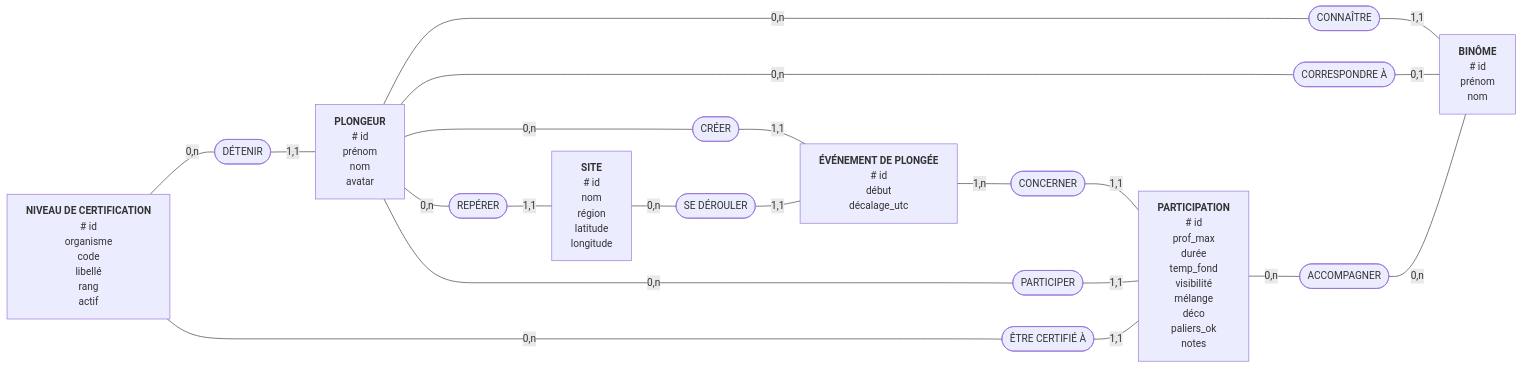
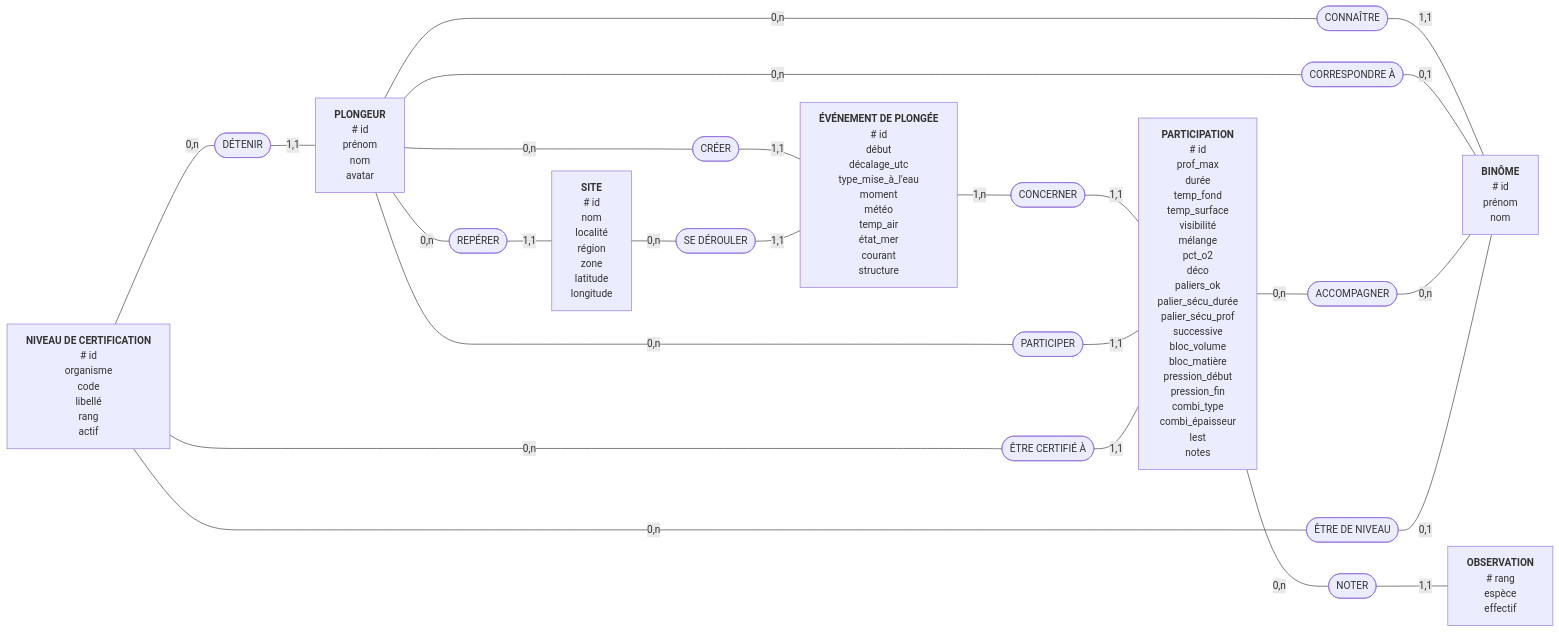
Before and after one commit to lebowvsky/e-deep: the first of 2 diagrams in docs/data-model/schema.md, drawn with Mermaid. The commit also changed other lines of this file and 3 other files, not shown here.

````diff
--- a/docs/data-model/schema.md
+++ b/docs/data-model/schema.md
@@ -162,41 +230,48 @@
 ```mermaid
 flowchart LR
   NIVEAU["<b>NIVEAU DE CERTIFICATION</b><br/># id<br/>organisme<br/>code<br/>libellé<br/>rang<br/>actif"]
   PLONGEUR["<b>PLONGEUR</b><br/># id<br/>prénom<br/>nom<br/>avatar"]
-  SITE["<b>SITE</b><br/># id<br/>nom<br/>région<br/>latitude<br/>longitude"]
-  EVENEMENT["<b>ÉVÉNEMENT DE PLONGÉE</b><br/># id<br/>début<br/>décalage_utc"]
-  PARTICIPATION["<b>PARTICIPATION</b><br/># id<br/>prof_max<br/>durée<br/>temp_fond<br/>visibilité<br/>mélange<br/>déco<br/>paliers_ok<br/>notes"]
+  SITE["<b>SITE</b><br/># id<br/>nom<br/>localité<br/>région<br/>zone<br/>latitude<br/>longitude"]
+  EVENEMENT["<b>ÉVÉNEMENT DE PLONGÉE</b><br/># id<br/>début<br/>décalage_utc<br/>type_mise_à_l'eau<br/>moment<br/>météo<br/>temp_air<br/>état_mer<br/>courant<br/>structure"]
+  PARTICIPATION["<b>PARTICIPATION</b><br/># id<br/>prof_max<br/>durée<br/>temp_fond<br/>temp_surface<br/>visibilité<br/>mélange<br/>pct_o2<br/>déco<br/>paliers_ok<br/>palier_sécu_durée<br/>palier_sécu_prof<br/>successive<br/>bloc_volume<br/>bloc_matière<br/>pression_début<br/>pression_fin<br/>combi_type<br/>combi_épaisseur<br/>lest<br/>notes"]
   BINOME["<b>BINÔME</b><br/># id<br/>prénom<br/>nom"]
+  OBSERVATION["<b>OBSERVATION</b><br/># rang<br/>espèce<br/>effectif"]
 
   DETENIR(["DÉTENIR"])
   REPERER(["REPÉRER"])
   CREER(["CRÉER"])
   SE_DEROULER(["SE DÉROULER"])
   CONCERNER(["CONCERNER"])
   PARTICIPER(["PARTICIPER"])
   ETRE_CERTIFIE(["ÊTRE CERTIFIÉ À"])
   CONNAITRE(["CONNAÎTRE"])
   CORRESPONDRE(["CORRESPONDRE À"])
   ACCOMPAGNER(["ACCOMPAGNER"])
+  NOTER(["NOTER"])
+  ETRE_DE_NIVEAU(["ÊTRE DE NIVEAU"])
 
   NIVEAU ---|"0,n"| DETENIR
   DETENIR ---|"1,1"| PLONGEUR
   PLONGEUR ---|"0,n"| REPERER
   REPERER ---|"1,1"| SITE
   PLONGEUR ---|"0,n"| CREER
   CREER ---|"1,1"| EVENEMENT
   SITE ---|"0,n"| SE_DEROULER
   SE_DEROULER ---|"1,1"| EVENEMENT
   EVENEMENT ---|"1,n"| CONCERNER
   CONCERNER ---|"1,1"| PARTICIPATION
   PLONGEUR ---|"0,n"| PARTICIPER
   PARTICIPER ---|"1,1"| PARTICIPATION
   NIVEAU ---|"0,n"| ETRE_CERTIFIE
   ETRE_CERTIFIE ---|"1,1"| PARTICIPATION
   PLONGEUR ---|"0,n"| CONNAITRE
   CONNAITRE ---|"1,1"| BINOME
   PLONGEUR ---|"0,n"| CORRESPONDRE
   CORRESPONDRE ---|"0,1"| BINOME
   PARTICIPATION ---|"0,n"| ACCOMPAGNER
   ACCOMPAGNER ---|"0,n"| BINOME
+  PARTICIPATION ---|"0,n"| NOTER
+  NOTER ---|"1,1"| OBSERVATION
+  NIVEAU ---|"0,n"| ETRE_DE_NIVEAU
+  ETRE_DE_NIVEAU ---|"0,1"| BINOME
 ```
````
